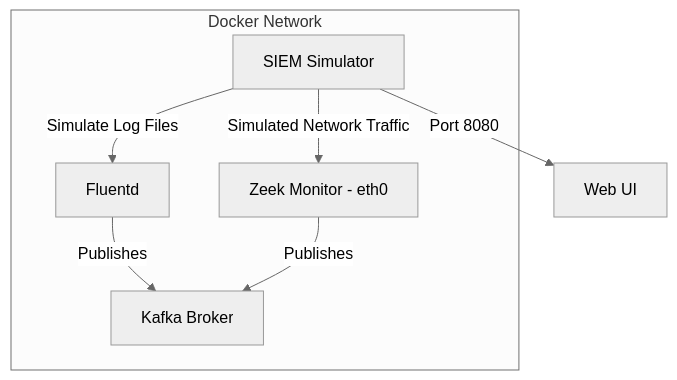
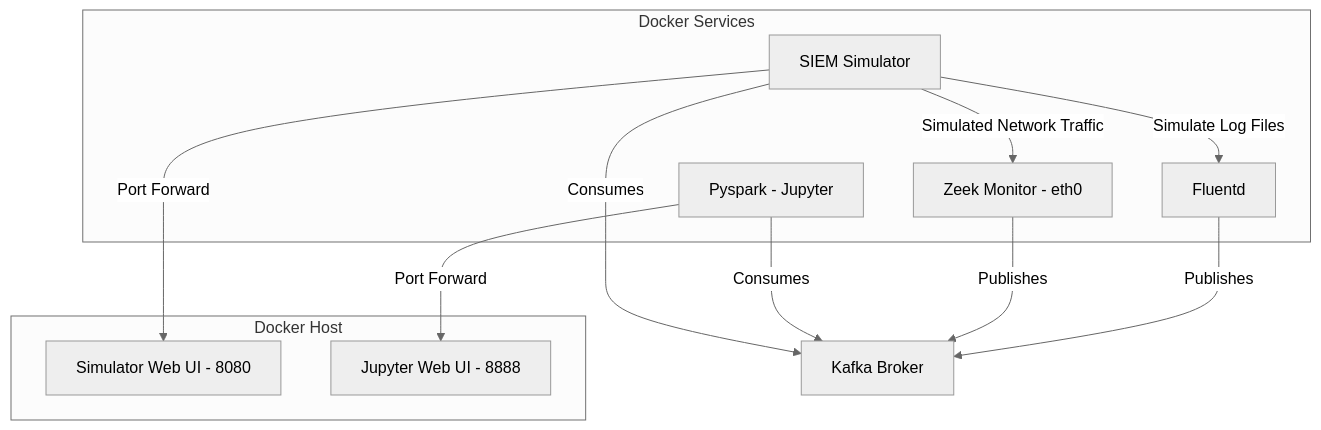
The diagram in README.md (snowch/vastdata_siem_demo), drawn with Mermaid (neutral theme) before and after one commit. The commit also changed other lines of this file, not shown here.

````diff
--- a/README.md
+++ b/README.md
@@ -13,16 +13,26 @@
 ```mermaid
 graph TD
-    subgraph "Docker Network"
+    subgraph "Docker Services"
         Z[Zeek Monitor - eth0]
         S[SIEM Simulator]
         F[Fluentd]
+        J[Pyspark - Jupyter]
+
         S -- Simulate Log Files --> F
-        F -- Publishes --> K
-        Z -- Publishes --> K
         S -- Simulated Network Traffic --> Z
     end
-    W[Web UI]
+
+    subgraph "Docker Host"
+        SW[Simulator Web UI - 8080]
+        JW[Jupyter Web UI - 8888]
+    end
+
     K[Kafka Broker]
 
-    S -- Port 8080 --> W
+    S -- Port Forward --> SW
+    J -- Port Forward --> JW
+    F -- Publishes --> K
+    Z -- Publishes --> K
+    J -- Consumes --> K
+    S -- Consumes --> K
 ```
````
